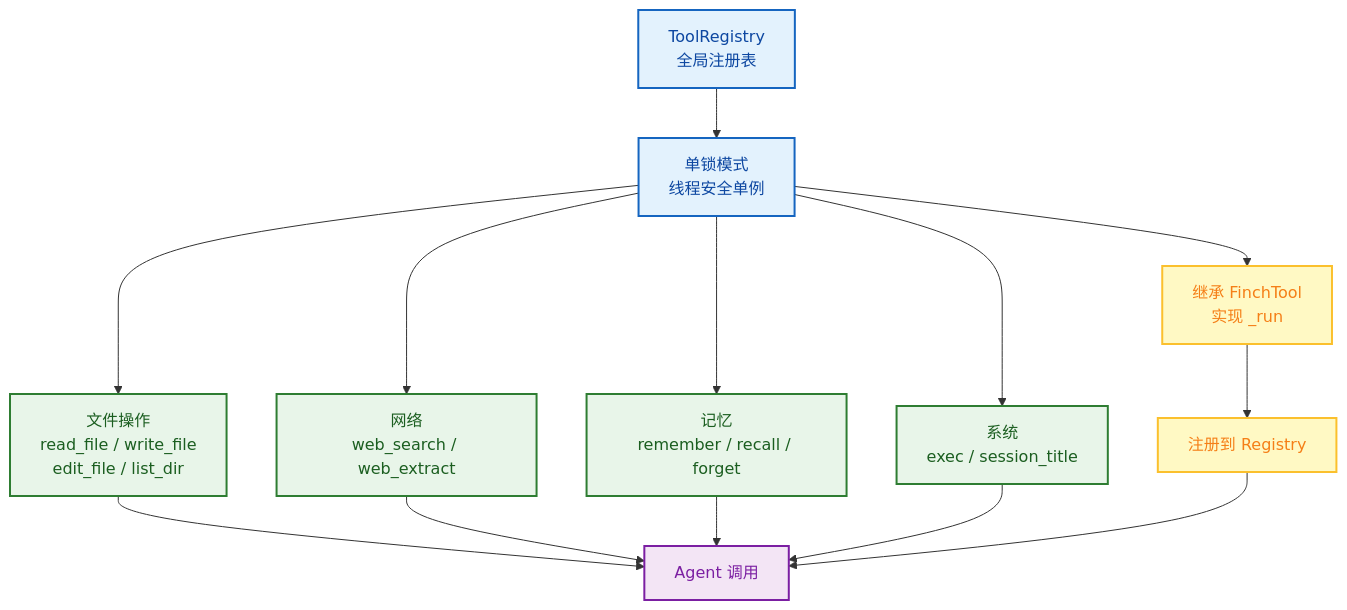
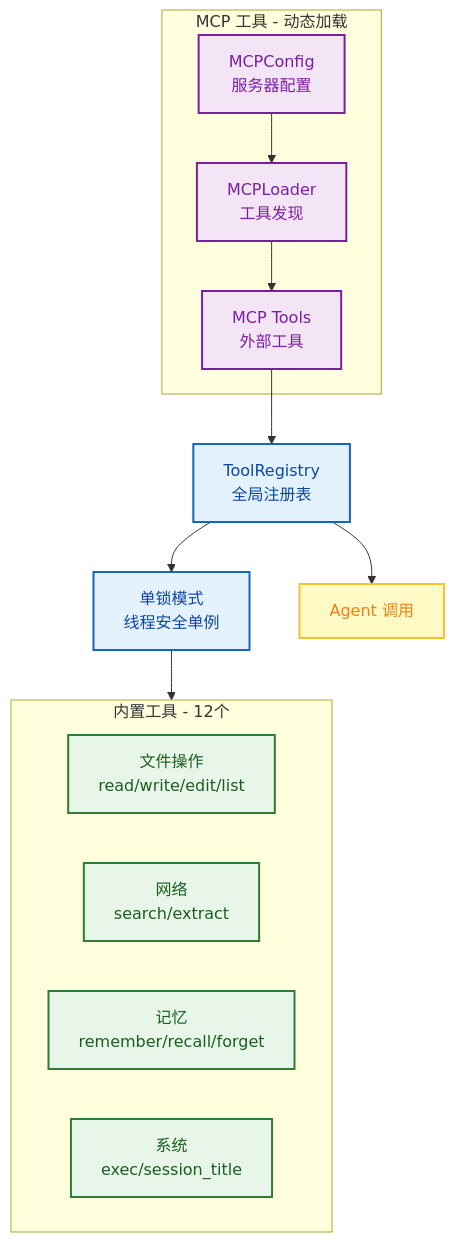
Before and after one commit to xt765/FinchBot: the sixth of 8 diagrams in docs/zh-CN/blog/finchbot-flexible-ai-agent-framework.md, drawn with Mermaid. The commit also changed other lines of this file and 63 other files, not shown here.

````diff
--- a/docs/zh-CN/blog/finchbot-flexible-ai-agent-framework.md
+++ b/docs/zh-CN/blog/finchbot-flexible-ai-agent-framework.md
@@ -402,30 +396,30 @@
 ```mermaid
 flowchart TB
     classDef registry fill:#e3f2fd,stroke:#1565c0,stroke-width:2px,color:#0d47a1;
     classDef builtin fill:#e8f5e9,stroke:#2e7d32,stroke-width:2px,color:#1b5e20;
-    classDef custom fill:#fff9c4,stroke:#fbc02d,stroke-width:2px,color:#f57f17;
-    classDef agent fill:#f3e5f5,stroke:#7b1fa2,stroke-width:2px,color:#7b1fa2;
+    classDef mcp fill:#f3e5f5,stroke:#7b1fa2,stroke-width:2px,color:#7b1fa2;
+    classDef agent fill:#fff9c4,stroke:#fbc02d,stroke-width:2px,color:#f57f17;
 
     TR[ToolRegistry<br/>全局注册表]:::registry
     Lock[单锁模式<br/>线程安全单例]:::registry
 
-    File[文件操作<br/>read_file / write_file<br/>edit_file / list_dir]:::builtin
-    Web[网络<br/>web_search / web_extract]:::builtin
-    Memory[记忆<br/>remember / recall / forget]:::builtin
-    System[系统<br/>exec / session_title]:::builtin
+    subgraph BuiltIn [内置工具 - 12个]
+        File[文件操作<br/>read/write/edit/list]:::builtin
+        Web[网络<br/>search/extract]:::builtin
+        Memory[记忆<br/>remember/recall/forget]:::builtin
+        System[系统<br/>exec/session_title]:::builtin
+    end
 
-    Inherit[继承 FinchTool<br/>实现 _run]:::custom
-    Register[注册到 Registry]:::custom
+    subgraph MCP [MCP 工具 - 动态加载]
+        MCPConfig[MCPConfig<br/>服务器配置]:::mcp
+        MCPLoader[MCPLoader<br/>工具发现]:::mcp
+        MCPTools[MCP Tools<br/>外部工具]:::mcp
+    end
 
     Agent[Agent 调用]:::agent
 
     TR --> Lock
-    Lock --> File & Web & Memory & System
-    Lock --> Inherit --> Register
-
-    File --> Agent
-    Web --> Agent
-    Memory --> Agent
-    System --> Agent
-    Register --> Agent
+    Lock --> BuiltIn
+    MCPConfig --> MCPLoader --> MCPTools --> TR
+    TR --> Agent
 ```
````
